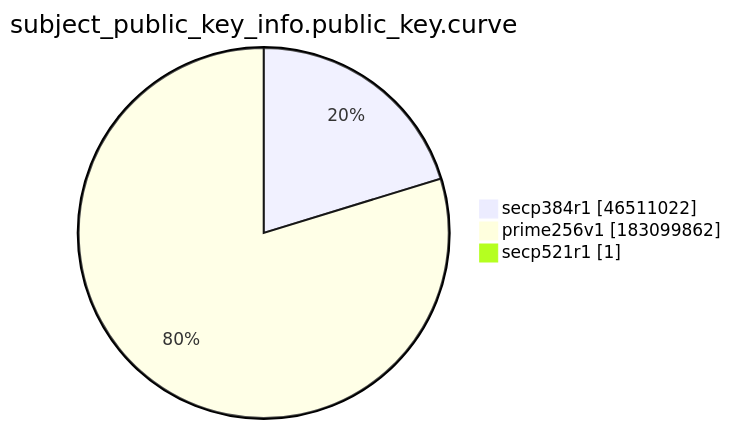
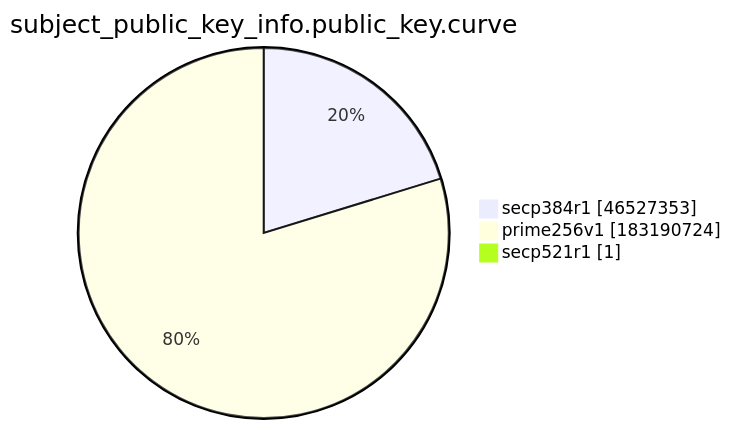
The ninth of 15 diagrams in xenon2022/README.md (christiankrug/ctmonitor_visualization), drawn with Mermaid before and after one commit. The commit also changed other lines of this file, not shown here.

````diff
--- a/xenon2022/README.md
+++ b/xenon2022/README.md
@@ -2874,7 +2874,7 @@
 ```mermaid
 pie showData
 title subject_public_key_info.public_key.curve
-"secp384r1" :46511022
-"prime256v1" :183099862
+"secp384r1" :46527353
+"prime256v1" :183190724
 "secp521r1" :1
 ```
````
